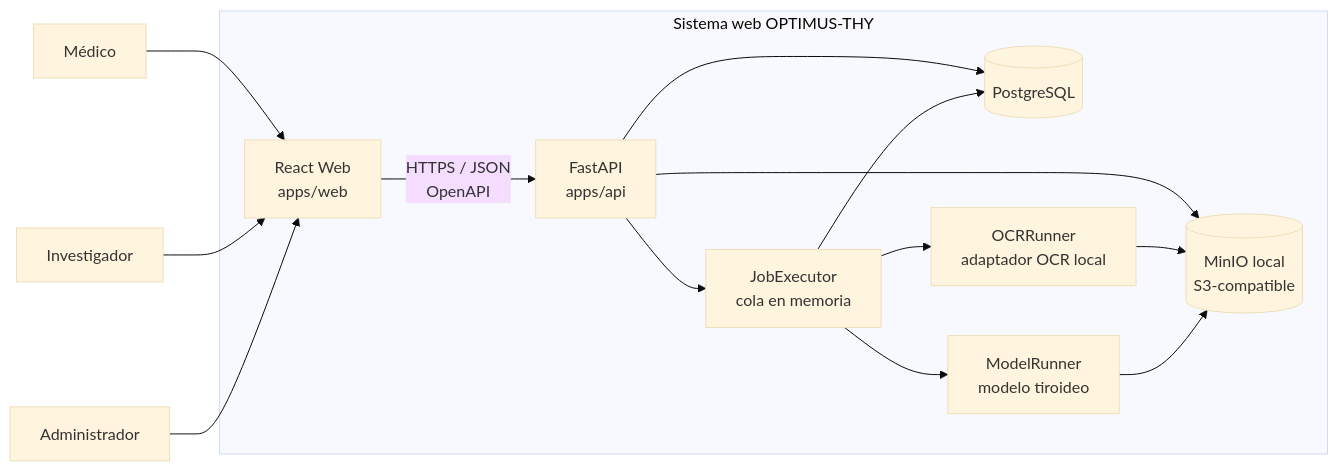
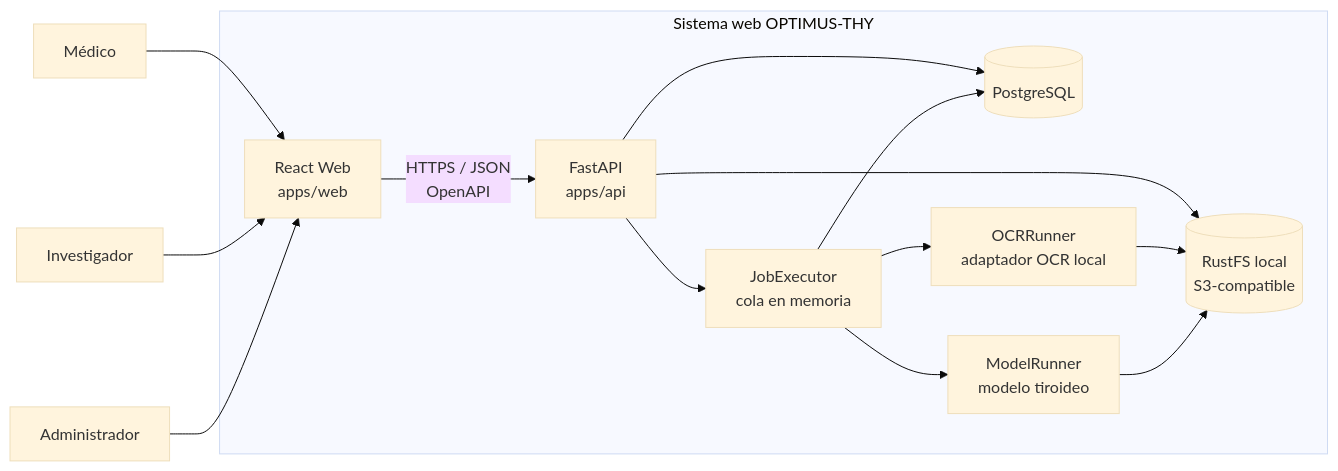
The diagram in docs/architecture/README.md (AndresGaibor/optimus-thy), drawn with Mermaid (base theme) before and after one commit. The commit also changed other lines of this file and 10 other files, not shown here.

Commit message:
chore: use RustFS for local S3 storage

````diff
--- a/docs/architecture/README.md
+++ b/docs/architecture/README.md
@@ -33,26 +33,26 @@
 ```mermaid
 flowchart LR
     MED["Médico"] --> WEB
     RES["Investigador"] --> WEB
     ADM["Administrador"] --> WEB
 
     subgraph SYS["Sistema web OPTIMUS-THY"]
       WEB["React Web\napps/web"]
       API["FastAPI\napps/api"]
       EXEC["JobExecutor\ncola en memoria"]
       DB[("PostgreSQL")]
-      OBJ[("MinIO local\nS3-compatible")]
+      OBJ[("RustFS local\nS3-compatible")]
       OCR["OCRRunner\nadaptador OCR local"]
       MODEL["ModelRunner\nmodelo tiroideo"]
     end
 
     WEB -->|"HTTPS / JSON\nOpenAPI"| API
     API --> DB
     API --> OBJ
     API --> EXEC
     EXEC --> OCR
     EXEC --> MODEL
     EXEC --> DB
     OCR --> OBJ
     MODEL --> OBJ
 ```
````
